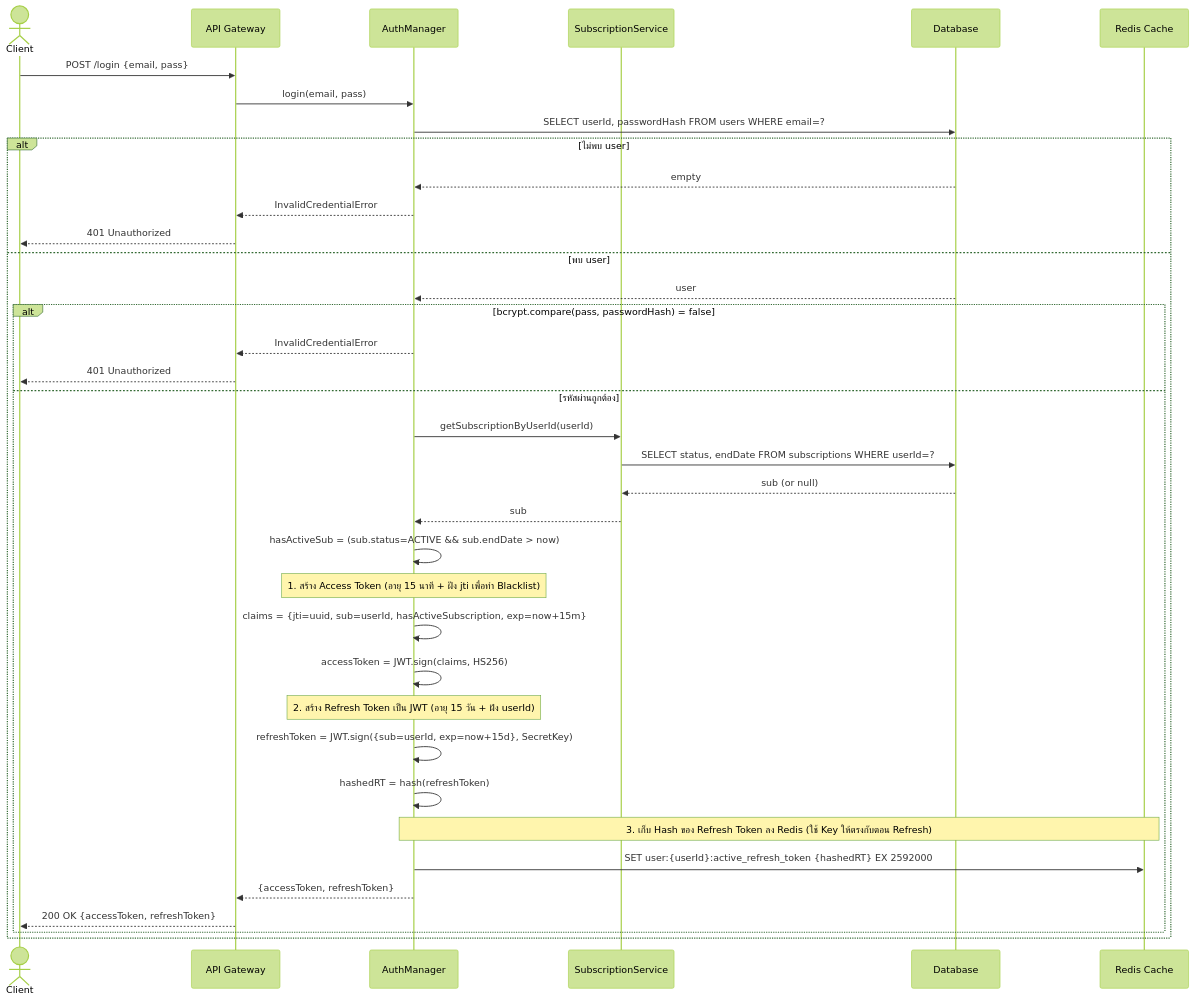
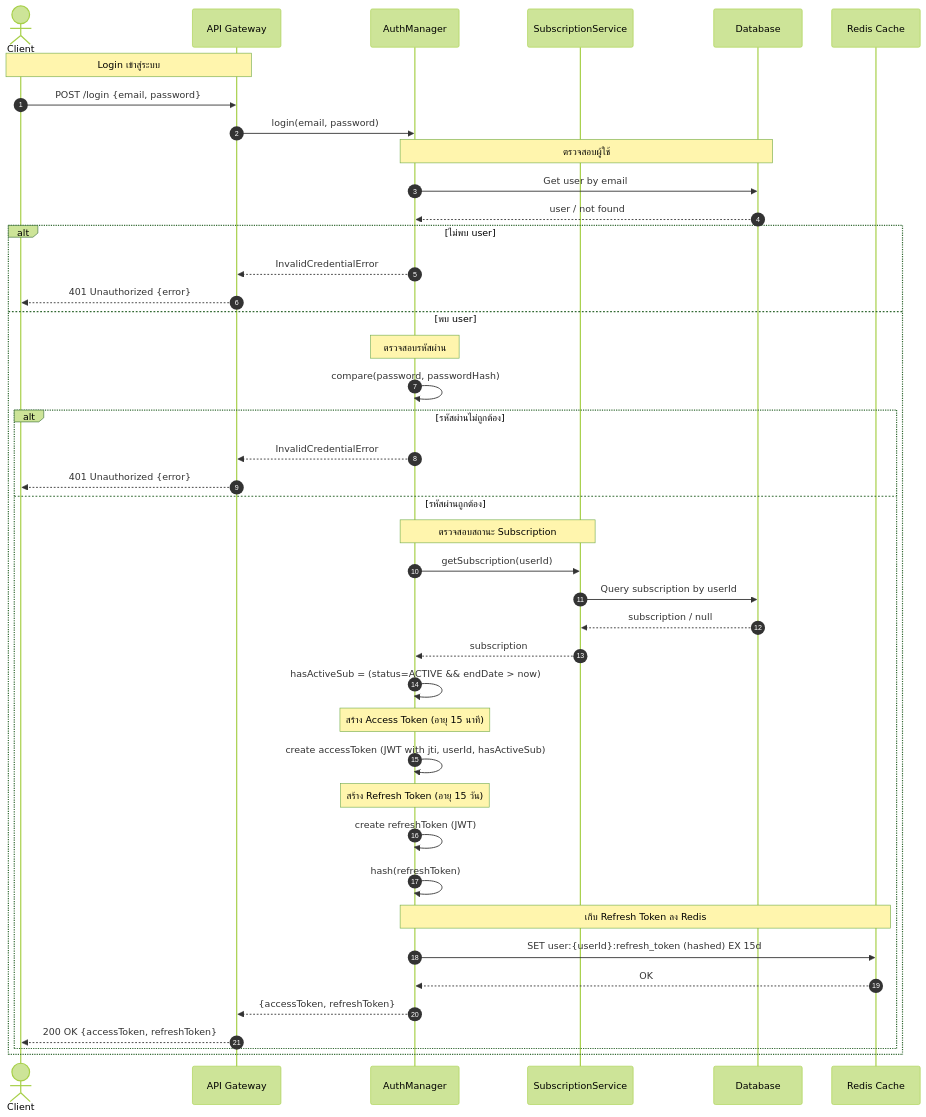
One commit to Bank-e/Music-Video-Streaming-Subscription-System changed the first of 4 diagrams in doc/sequence_02_auth.md. Above: the diagram before and after it, drawn with Mermaid (forest theme). The commit also changed other lines of this file and 4 other files, not shown here.

````diff
--- a/doc/sequence_02_auth.md
+++ b/doc/sequence_02_auth.md
@@ -5,45 +5,55 @@
 ```mermaid
 sequenceDiagram
-  actor Client
-  participant API as API Gateway
-  participant AM as AuthManager
-  participant SS as SubscriptionService
-  participant DB as Database
-  participant Cache as Redis Cache
+    autonumber
+    actor Client
+    participant API as API Gateway
+    participant AM as AuthManager
+    participant SS as SubscriptionService
+    participant DB as Database
+    participant Cache as Redis Cache
 
-  Client->>API: POST /login {email, pass}
-  API->>AM: login(email, pass)
-  AM->>DB: SELECT userId, passwordHash FROM users WHERE email=?
+    Note over Client,API: Login เข้าสู่ระบบ
 
-  alt ไม่พบ user
-    DB-->>AM: empty
-    AM-->>API: InvalidCredentialError
-    API-->>Client: 401 Unauthorized
-  else พบ user
-    DB-->>AM: user
-    alt bcrypt.compare(pass, passwordHash) = false
-      AM-->>API: InvalidCredentialError
-      API-->>Client: 401 Unauthorized
-    else รหัสผ่านถูกต้อง
-      AM->>SS: getSubscriptionByUserId(userId)
-      SS->>DB: SELECT status, endDate FROM subscriptions WHERE userId=?
-      DB-->>SS: sub (or null)
-      SS-->>AM: sub
-      AM->>AM: hasActiveSub = (sub.status=ACTIVE && sub.endDate > now)
+    Client->>API: POST /login {email, password}
+    API->>AM: login(email, password)
 
-      Note over AM: 1. สร้าง Access Token (อายุ 15 นาที + ฝัง jti เพื่อทำ Blacklist)
-      AM->>AM: claims = {jti=uuid, sub=userId, hasActiveSubscription, exp=now+15m}
-      AM->>AM: accessToken = JWT.sign(claims, HS256)
+    Note over AM,DB: ตรวจสอบผู้ใช้
+    AM->>DB: Get user by email
+    DB-->>AM: user / not found
 
-      Note over AM: 2. สร้าง Refresh Token เป็น JWT (อายุ 15 วัน + ฝัง userId)
-      AM->>AM: refreshToken = JWT.sign({sub=userId, exp=now+15d}, SecretKey)
-      AM->>AM: hashedRT = hash(refreshToken)
+    alt ไม่พบ user
+        AM-->>API: InvalidCredentialError
+        API-->>Client: 401 Unauthorized {error}
+    else พบ user
+        Note over AM: ตรวจสอบรหัสผ่าน
+        AM->>AM: compare(password, passwordHash)
 
-      Note over AM,Cache: 3. เก็บ Hash ของ Refresh Token ลง Redis (ใช้ Key ให้ตรงกับตอน Refresh)
-      AM->>Cache: SET user:{userId}:active_refresh_token {hashedRT} EX 2592000
+        alt รหัสผ่านไม่ถูกต้อง
+            AM-->>API: InvalidCredentialError
+            API-->>Client: 401 Unauthorized {error}
+        else รหัสผ่านถูกต้อง
 
-      AM-->>API: {accessToken, refreshToken}
-      API-->>Client: 200 OK {accessToken, refreshToken}
+            Note over AM,SS: ตรวจสอบสถานะ Subscription
+            AM->>SS: getSubscription(userId)
+            SS->>DB: Query subscription by userId
+            DB-->>SS: subscription / null
+            SS-->>AM: subscription
+
+            AM->>AM: hasActiveSub = (status=ACTIVE && endDate > now)
+
+            Note over AM: สร้าง Access Token (อายุ 15 นาที)
+            AM->>AM: create accessToken (JWT with jti, userId, hasActiveSub)
+
+            Note over AM: สร้าง Refresh Token (อายุ 15 วัน)
+            AM->>AM: create refreshToken (JWT)
+            AM->>AM: hash(refreshToken)
+
+            Note over AM,Cache: เก็บ Refresh Token ลง Redis
+            AM->>Cache: SET user:{userId}:refresh_token (hashed) EX 15d
+            Cache-->>AM: OK
+
+            AM-->>API: {accessToken, refreshToken}
+            API-->>Client: 200 OK {accessToken, refreshToken}
+        end
     end
-  end
 ```
````
